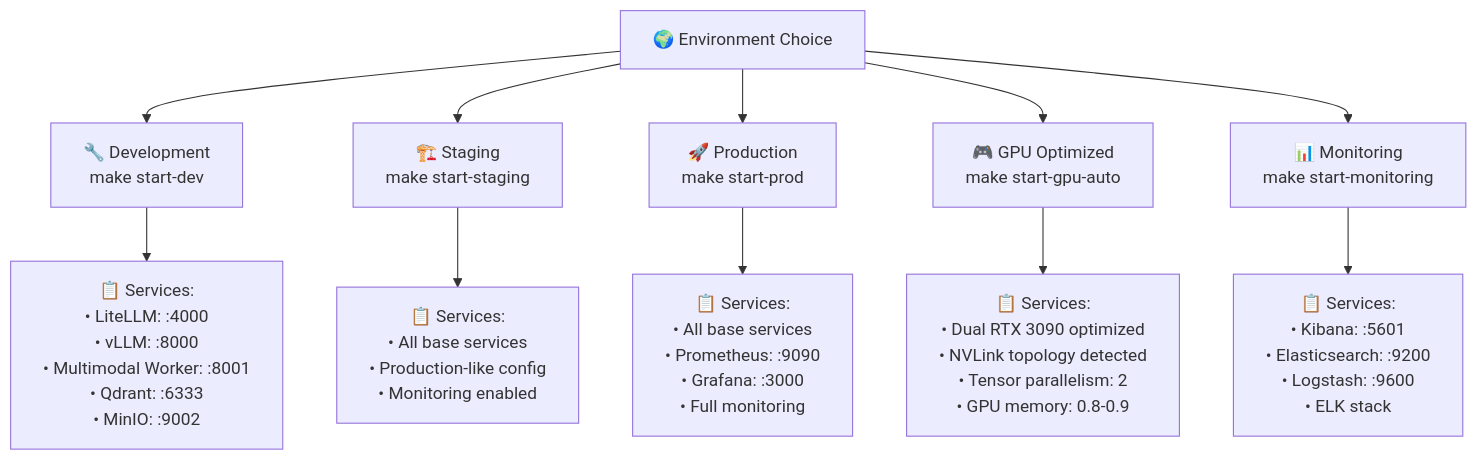
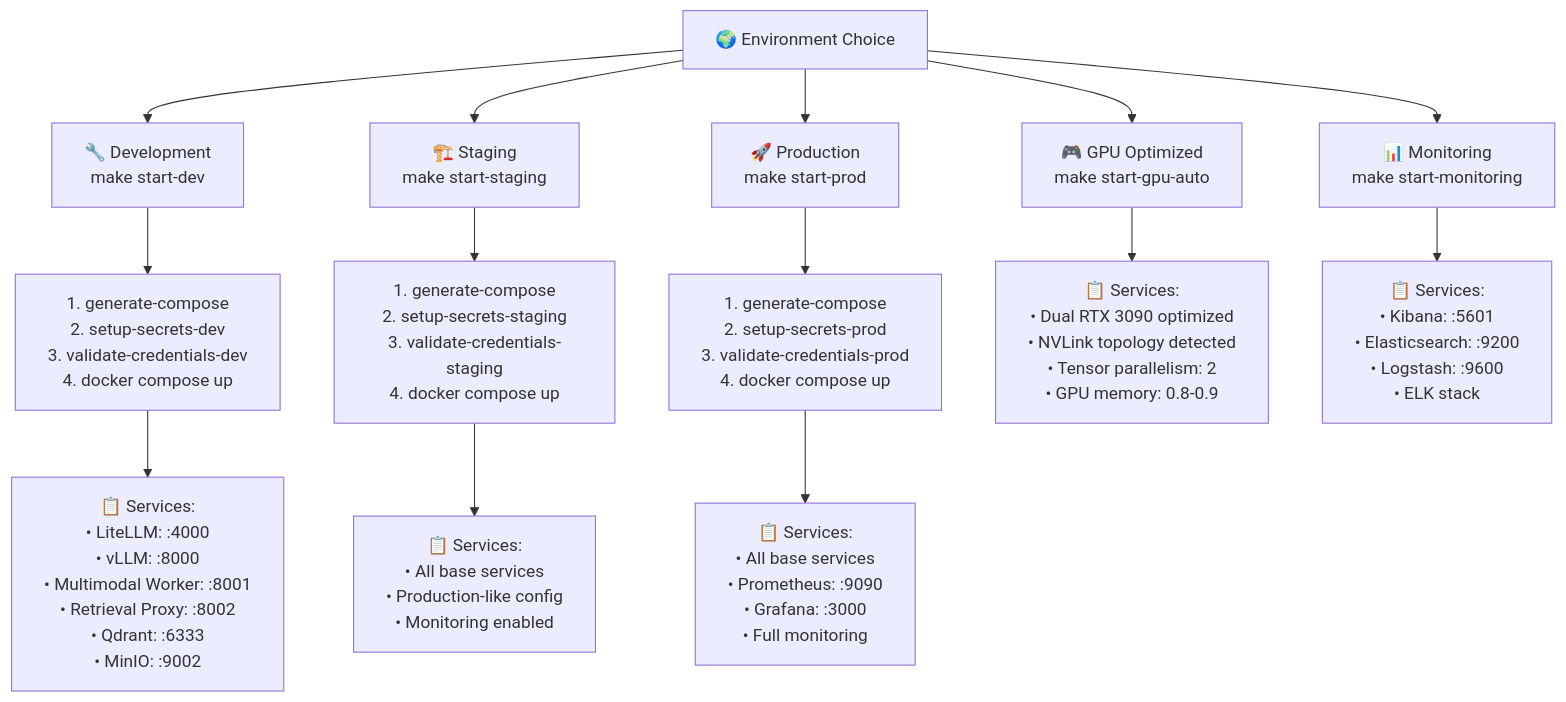
Before and after one commit to markwoitaszek/llm-multimodal-stack: the sixth of 6 diagrams in ENHANCED_WORKFLOW_DIAGRAM.md, drawn with Mermaid. The commit also changed other lines of this file and 13 other files, not shown here.

````diff
--- a/ENHANCED_WORKFLOW_DIAGRAM.md
+++ b/ENHANCED_WORKFLOW_DIAGRAM.md
@@ -243,18 +262,21 @@
 ```mermaid
 flowchart TD
     EnvChoice["🌍 Environment Choice"] --> Dev["🔧 Development<br/>make start-dev"]
     EnvChoice --> Staging["🏗️ Staging<br/>make start-staging"]
     EnvChoice --> Prod["🚀 Production<br/>make start-prod"]
     EnvChoice --> GPU["🎮 GPU Optimized<br/>make start-gpu-auto"]
     EnvChoice --> Monitoring["📊 Monitoring<br/>make start-monitoring"]
     
-    Dev --> DevServices["📋 Services:<br/>• LiteLLM: :4000<br/>• vLLM: :8000<br/>• Multimodal Worker: :8001<br/>• Qdrant: :6333<br/>• MinIO: :9002"]
+    Dev --> DevPipeline["1. generate-compose<br/>2. setup-secrets-dev<br/>3. validate-credentials-dev<br/>4. docker compose up"]
+    DevPipeline --> DevServices["📋 Services:<br/>• LiteLLM: :4000<br/>• vLLM: :8000<br/>• Multimodal Worker: :8001<br/>• Retrieval Proxy: :8002<br/>• Qdrant: :6333<br/>• MinIO: :9002"]
     
-    Staging --> StagingServices["📋 Services:<br/>• All base services<br/>• Production-like config<br/>• Monitoring enabled"]
+    Staging --> StagingPipeline["1. generate-compose<br/>2. setup-secrets-staging<br/>3. validate-credentials-staging<br/>4. docker compose up"]
+    StagingPipeline --> StagingServices["📋 Services:<br/>• All base services<br/>• Production-like config<br/>• Monitoring enabled"]
     
-    Prod --> ProdServices["📋 Services:<br/>• All base services<br/>• Prometheus: :9090<br/>• Grafana: :3000<br/>• Full monitoring"]
+    Prod --> ProdPipeline["1. generate-compose<br/>2. setup-secrets-prod<br/>3. validate-credentials-prod<br/>4. docker compose up"]
+    ProdPipeline --> ProdServices["📋 Services:<br/>• All base services<br/>• Prometheus: :9090<br/>• Grafana: :3000<br/>• Full monitoring"]
     
     GPU --> GPUServices["📋 Services:<br/>• Dual RTX 3090 optimized<br/>• NVLink topology detected<br/>• Tensor parallelism: 2<br/>• GPU memory: 0.8-0.9"]
     
     Monitoring --> MonitoringServices["📋 Services:<br/>• Kibana: :5601<br/>• Elasticsearch: :9200<br/>• Logstash: :9600<br/>• ELK stack"]
 ```
````
